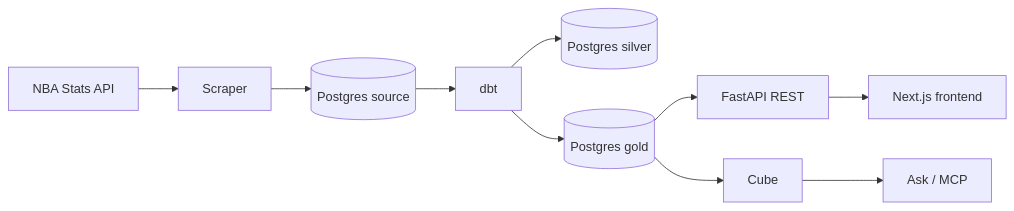
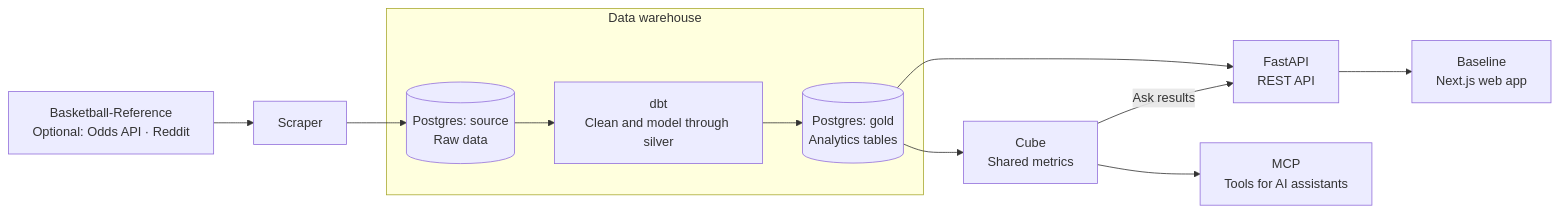
One commit to jyablonski/nba changed the diagram in README.md. Above: the diagram before and after it, drawn with Mermaid. The commit also changed other lines of this file and 179 other files, not shown here.

First line of the commit message:
feat: migrate nba data to provider-independent identities (#2)

````diff
--- a/README.md
+++ b/README.md
@@ -7,12 +11,16 @@
 ```mermaid
 flowchart LR
-  NBA[NBA Stats API] --> Scraper
-  Scraper --> Source[(Postgres source)]
-  Source --> dbt[dbt]
-  dbt --> Silver[(Postgres silver)]
-  dbt --> Gold[(Postgres gold)]
-  Gold --> API[FastAPI REST]
-  Gold --> Cube[Cube]
-  Cube --> Ask[Ask / MCP]
-  API --> FE[Next.js frontend]
+  Sources["Basketball-Reference<br/>Optional: Odds API · Reddit"] --> Scraper["Scraper"]
+
+  subgraph Warehouse["Data warehouse"]
+    Source[("Postgres: source<br/>Raw data")] --> dbt["dbt<br/>Clean and model through silver"]
+    dbt --> Analytics[("Postgres: gold<br/>Analytics tables")]
+  end
+
+  Scraper --> Source
+  Analytics --> API["FastAPI<br/>REST API"]
+  API --> Frontend["Baseline<br/>Next.js web app"]
+  Analytics --> Cube["Cube<br/>Shared metrics"]
+  Cube -->|Ask results| API
+  Cube --> MCP["MCP<br/>Tools for AI assistants"]
 ```
````
